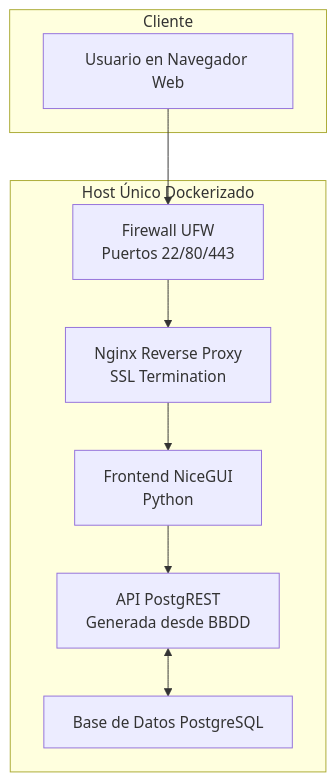
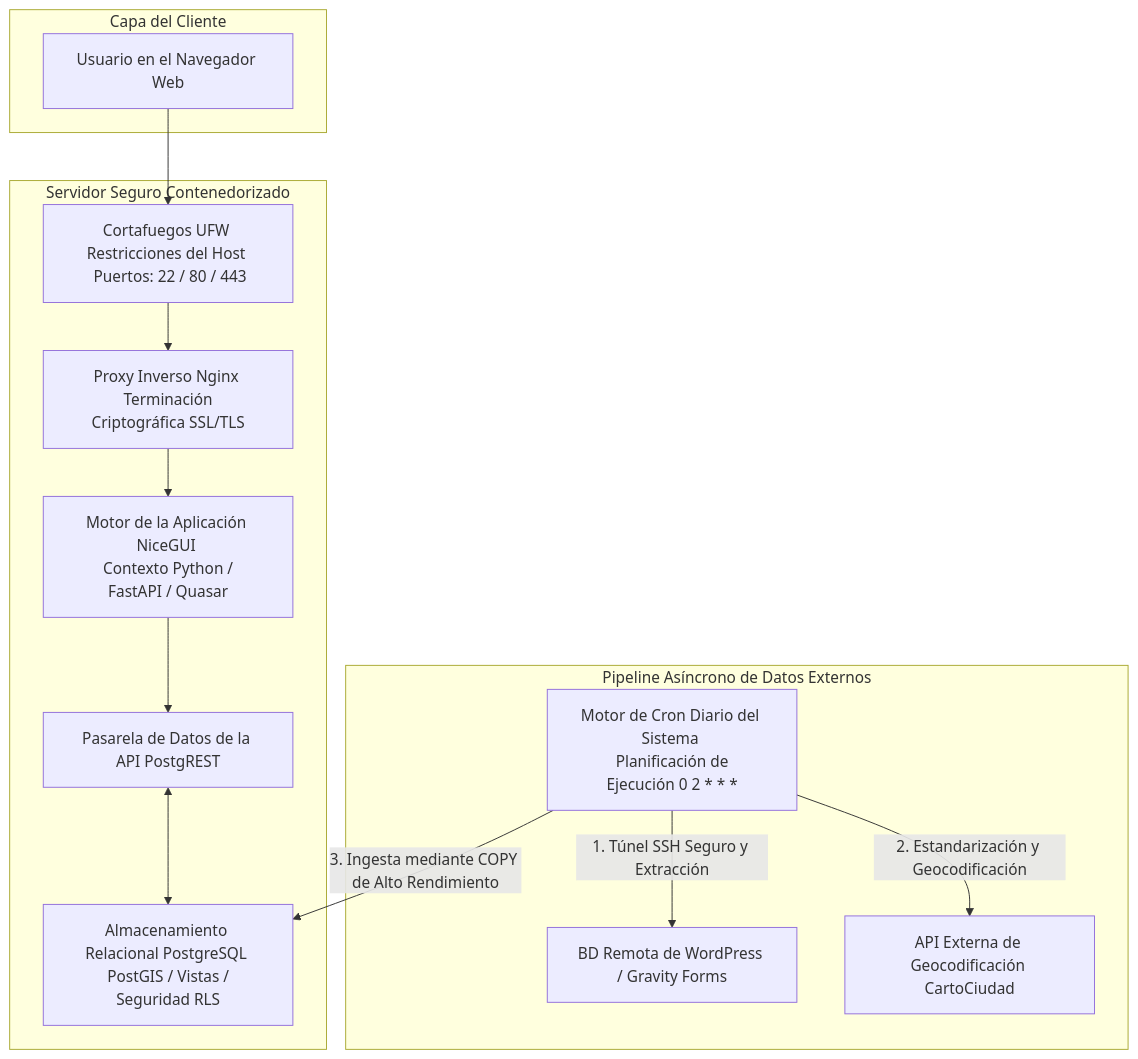
One commit to maiktreya/tenantsUnion changed the diagram in readme.md. Above: the diagram before and after it, drawn with Mermaid. The commit also changed other lines of this file and 1 other file, not shown here.

````diff
--- a/readme.md
+++ b/readme.md
@@ -11,20 +13,30 @@
 ```mermaid
 graph TD
-    subgraph "Cliente"
-        A[Usuario en Navegador Web]
+    subgraph "Capa del Cliente"
+        A[Usuario en el Navegador Web]
     end
 
-    subgraph "Host Único Dockerizado"
-        B[Firewall UFW <br> Puertos 22/80/443]
-        C[Nginx Reverse Proxy <br> SSL Termination]
-        D[Frontend NiceGUI <br> Python]
-        E[API PostgREST <br> Generada desde BBDD]
-        F[Base de Datos PostgreSQL]
+    subgraph "Servidor Seguro Contenedorizado"
+        B[Cortafuegos UFW Restricciones del Host <br> Puertos: 22 / 80 / 443]
+        C[Proxy Inverso Nginx <br> Terminación Criptográfica SSL/TLS]
+        D[Motor de la Aplicación NiceGUI <br> Contexto Python / FastAPI / Quasar]
+        E[Pasarela de Datos de la API PostgREST]
+        F[Almacenamiento Relacional PostgreSQL <br> PostGIS / Vistas / Seguridad RLS]
+    end
+
+    subgraph "Pipeline Asíncrono de Datos Externos"
+        G[Motor de Cron Diario del Sistema <br> Planificación de Ejecución 0 2 * * *]
+        H[BD Remota de WordPress / Gravity Forms]
+        I[API Externa de Geocodificación CartoCiudad]
     end
 
     A --> B
     B --> C
     C --> D
     D --> E
     E <--> F
+    G -->|1. Túnel SSH Seguro y Extracción| H
+    G -->|2. Estandarización y Geocodificación| I
+    G -->|3. Ingesta mediante COPY de Alto Rendimiento| F
+
 ```
````
